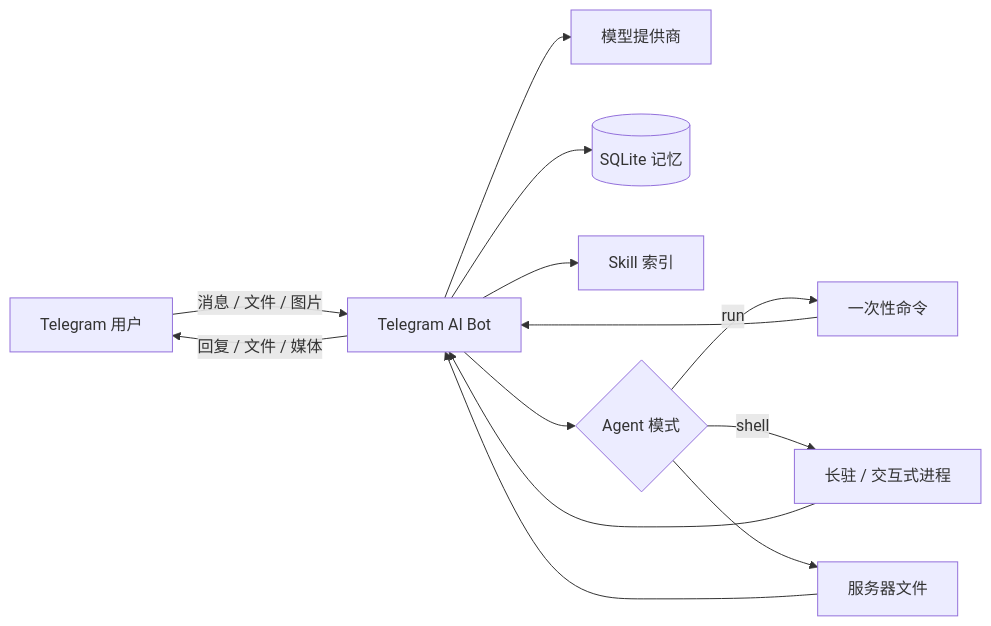
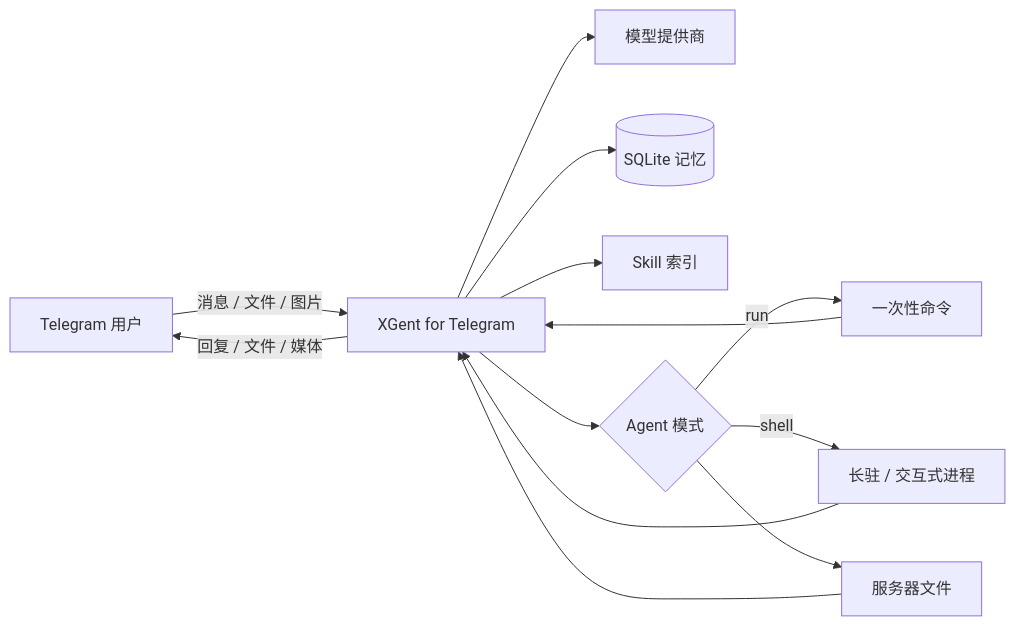
Before and after one commit to HANLINGVABCN/xgent-telegram: the diagram in README.md, drawn with Mermaid. The commit also changed other lines of this file and 76 other files, not shown here.

Commit message:
refactor: rename project to XGent for Telegram

````diff
--- a/README.md
+++ b/README.md
@@ -79,15 +79,15 @@
 ```mermaid
 flowchart LR
-    U[Telegram 用户] -->|消息 / 文件 / 图片| B[Telegram AI Bot]
+    U[Telegram 用户] -->|消息 / 文件 / 图片| B[XGent for Telegram]
     B --> M[模型提供商]
     B --> D[(SQLite 记忆)]
     B --> S[Skill 索引]
     B --> A{Agent 模式}
     A -->|run| C[一次性命令]
     A -->|shell| P[长驻 / 交互式进程]
     A --> F[服务器文件]
     C --> B
     P --> B
     F --> B
     B -->|回复 / 文件 / 媒体| U
 ```
````
